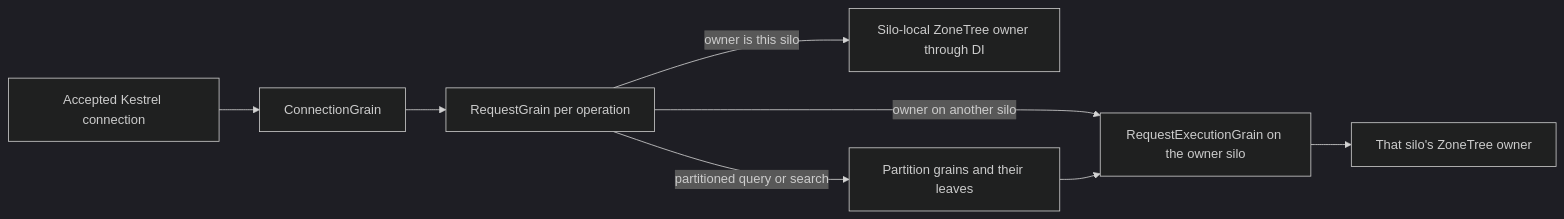
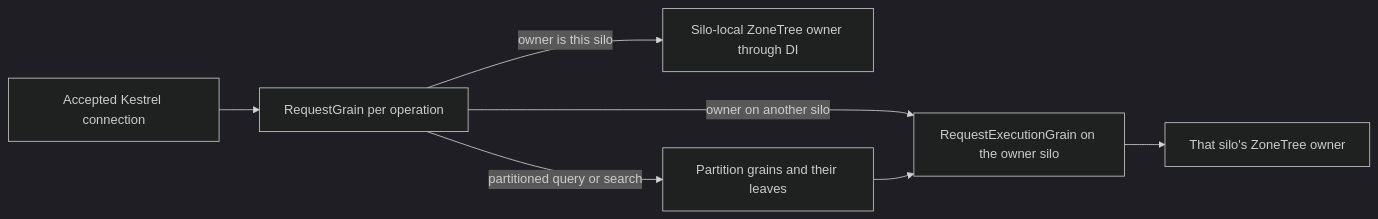
One commit to managedcode/KeyLoad changed the diagram in docs/ADR/ADR-125-connection-owned-execution.md. Above: the diagram before and after it, drawn with Mermaid (dark theme). The commit also changed other lines of this file and 27 other files, not shown here.

````diff
--- a/docs/ADR/ADR-125-connection-owned-execution.md
+++ b/docs/ADR/ADR-125-connection-owned-execution.md
@@ -9,10 +9,9 @@
 ```mermaid
 flowchart LR
-    T[Accepted Kestrel connection] --> C[ConnectionGrain]
-    C --> Q[RequestGrain per operation]
+    T[Accepted Kestrel connection] --> Q[RequestGrain per operation]
     Q -->|owner is this silo| Z[Silo-local ZoneTree owner through DI]
     Q -->|owner on another silo| L[RequestExecutionGrain on the owner silo]
     Q -->|partitioned query or search| P[Partition grains and their leaves]
     L --> Z2[That silo's ZoneTree owner]
     P --> L
 ```
````
